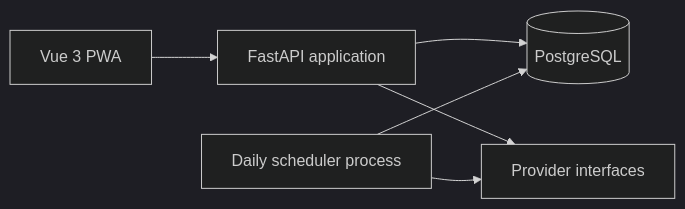
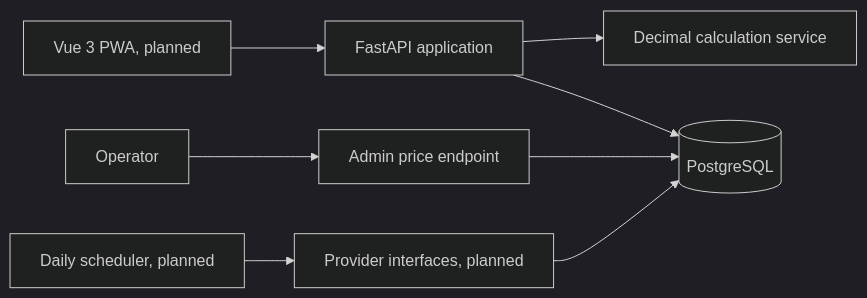
One commit to nezix1/tankteiler changed the first of 2 diagrams in ARCHITECTURE.md. Above: the diagram before and after it, drawn with Mermaid (dark theme). The commit also changed other lines of this file and 2 other files, not shown here.

````diff
--- a/ARCHITECTURE.md
+++ b/ARCHITECTURE.md
@@ -13,8 +11,10 @@
 ```mermaid
 flowchart LR
-  Browser[Vue 3 PWA] --> API[FastAPI application]
+  Browser[Vue 3 PWA, planned] --> API[FastAPI application]
+  API --> Domain[Decimal calculation service]
   API --> DB[(PostgreSQL)]
-  API --> Providers[Provider interfaces]
-  Scheduler[Daily scheduler process] --> Providers
-  Scheduler --> DB
+  Admin[Operator] --> ManualAPI[Admin price endpoint]
+  ManualAPI --> DB
+  Scheduler[Daily scheduler, planned] --> Providers[Provider interfaces, planned]
+  Providers --> DB
 ```
````
